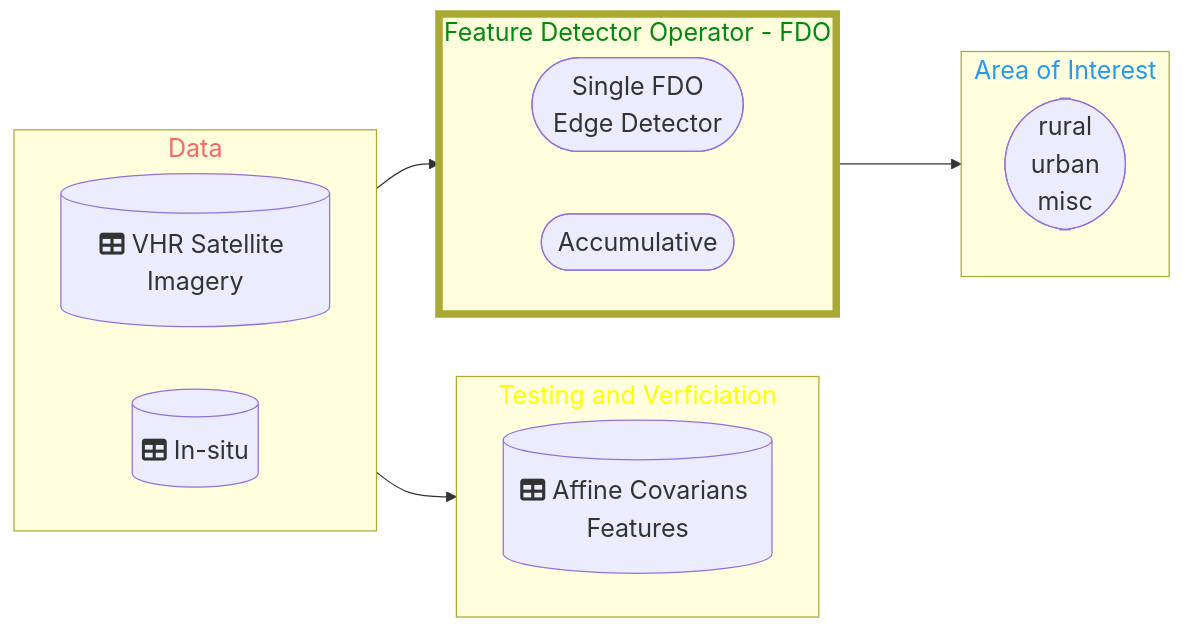
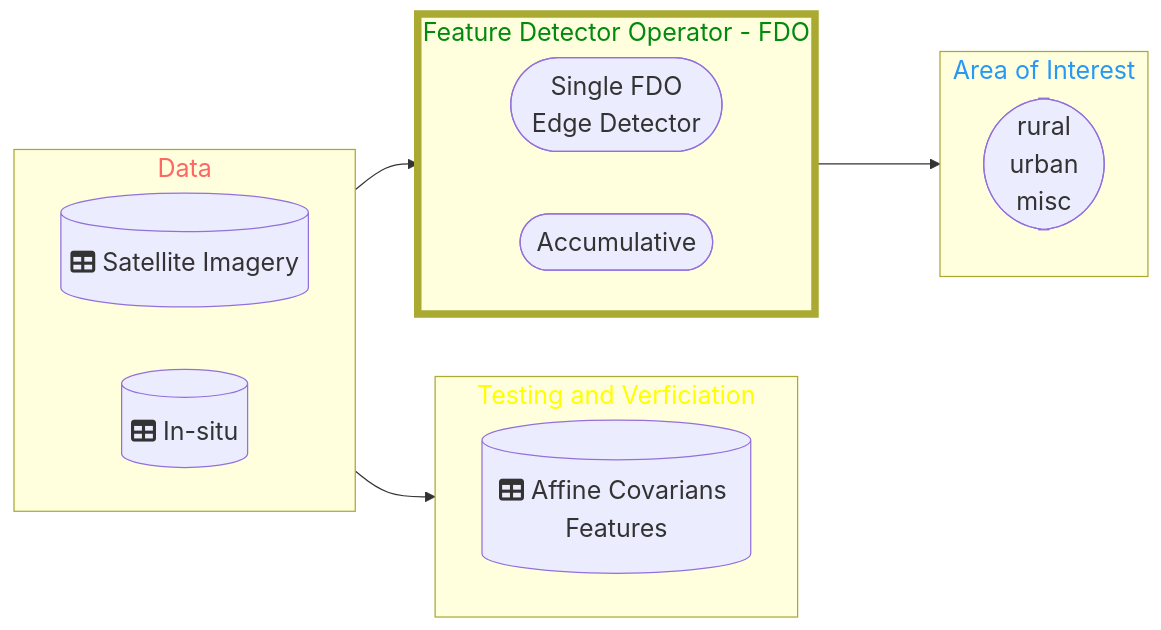
One commit to DippoldEJ/Feature-Detection-and-Explanation changed the diagram in Application/README.md. Above: the diagram before and after it, drawn with Mermaid.

````diff
--- a/Application/README.md
+++ b/Application/README.md
@@ -13,39 +13,39 @@
 ```mermaid
 flowchart LR;
 %%{init: {
 	'themeVariables': { 'fontSize': '20px', 'fontFamily': 'Didot'}
 	}
 }%%
 
  subgraph n[Data]
         direction LR
-        h[(fa:fa-table VHR Satellite Imagery)]
+        h[(fa:fa-table  Satellite Imagery)]
 		s[(fa:fa-table In-situ)]
     end
 
  subgraph q[Testing and Verficiation]
         direction LR
         r[(fa:fa-table Affine Covarians Features)]
     end
 
  subgraph o[Feature Detector Operator - FDO]
         direction LR
         j([Single FDO <br /> Edge Detector])
         m([Accumulative])
     end
 
 subgraph p[Area of Interest]
     a([rural <br /> urban  <br />  misc])
     end
 
 style n color:#f66
 style o stroke-width:6px
 style o color:#028A0F
 style p color:#2798F5
 style q color:#FFFF00
 
 n-->o
 o-->p
 n-->q
 
 ```
````
